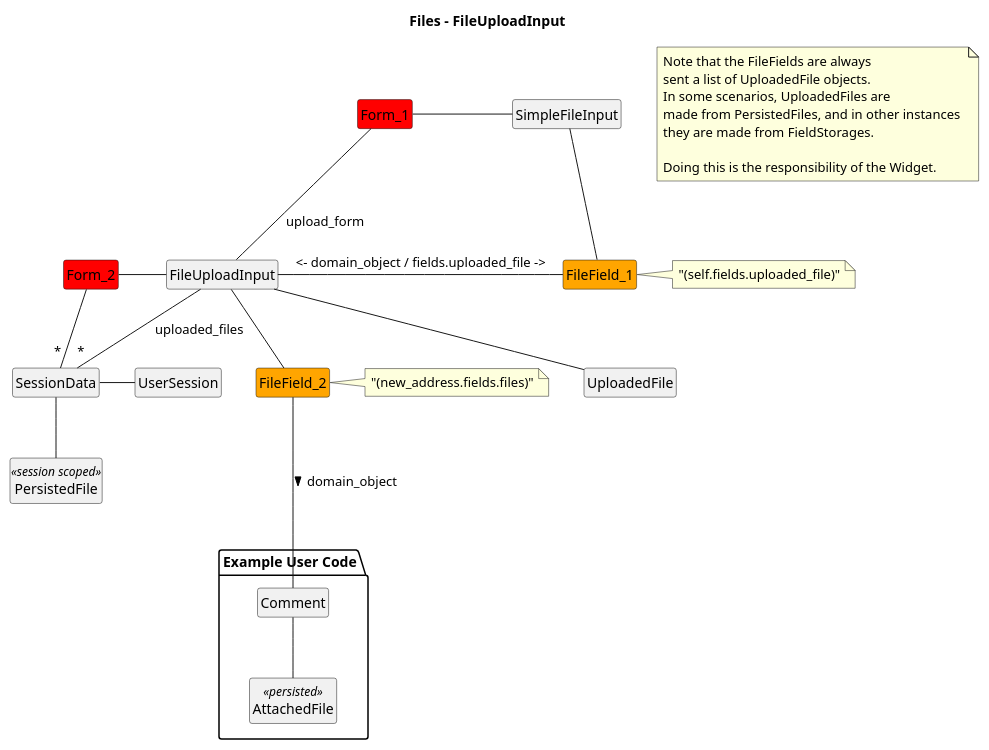
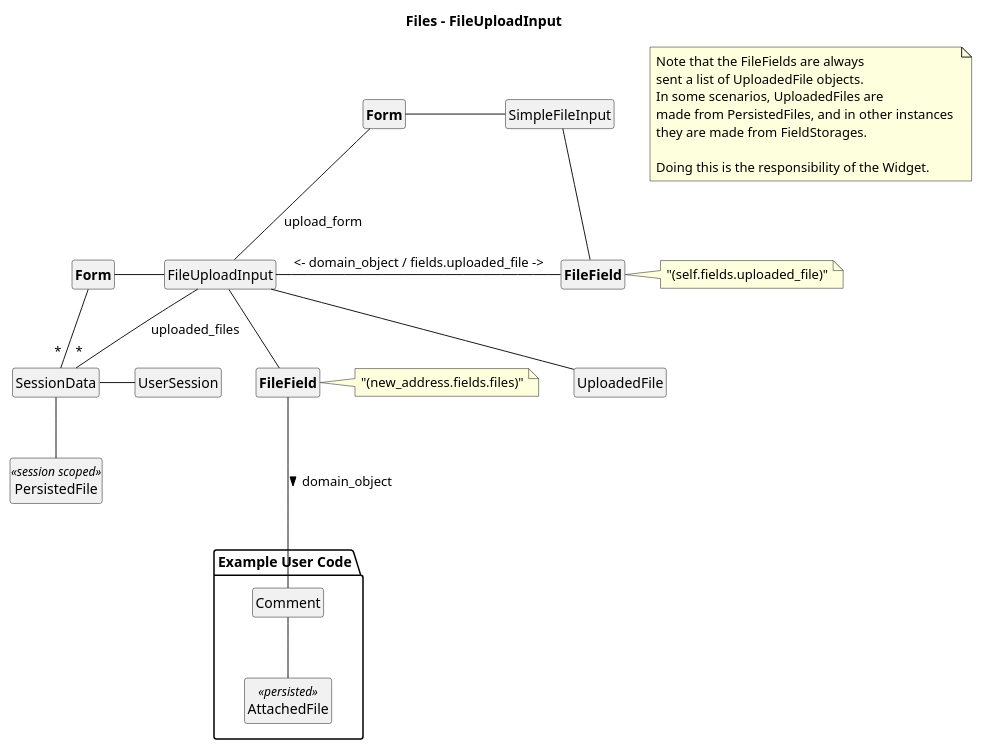
The diagram in reahl-web/reahl/web_dev/inputandvalidation/files_file_upload_input.puml (reahl/reahl), drawn with PlantUML before and after one commit. The commit also changed 28 other files, not shown here.

```diff
--- a/reahl-web/reahl/web_dev/inputandvalidation/files_file_upload_input.puml
+++ b/reahl-web/reahl/web_dev/inputandvalidation/files_file_upload_input.puml
@@ -1,41 +1,41 @@
 @startuml
 
 title Files - FileUploadInput
 
 hide members
 hide circle
 
 note "Note that the FileFields are always \nsent a list of UploadedFile objects.\nIn some scenarios, UploadedFiles are \nmade from PersistedFiles, and in other instances \nthey are made from FieldStorages. \n\nDoing this is the responsibility of the Widget." as N1
 
 class PersistedFile <<session scoped>>
-class Form_1 #red
-class Form_2 #red
-class FileField_1 #orange
+class "<b>Form</b>" as Form_1
+class "<b>Form</b>" as Form_2
+class "<b>FileField</b>" as FileField_1
 note right: "(self.fields.uploaded_file)"
-class FileField_2 #orange
+class "<b>FileField</b>" as FileField_2
 note right: "(new_address.fields.files)"
 
 Form_1 -right- SimpleFileInput
 SimpleFileInput -- FileField_1
 FileUploadInput -up- Form_1 : upload_form
 
 FileUploadInput -left- Form_2
 FileUploadInput -right- FileField_1 : <- domain_object / fields.uploaded_file ->
 'FileUploadInput -right- FileField_1  : fields.uploaded_file >
 FileUploadInput -- FileField_2
 FileUploadInput -- UploadedFile
 
 FileUploadInput -- "*" SessionData : uploaded_files
 Form_2 -- "*" SessionData
 SessionData -right- UserSession
 PersistedFile -up- SessionData
 
 package "Example User Code"{
 class Comment
 class AttachedFile <<persisted>>
 Comment -down- AttachedFile
 }
 
 FileField_2 --- Comment : domain_object >
 
 @enduml
```
